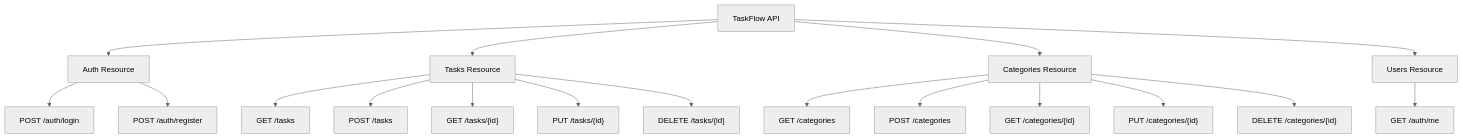
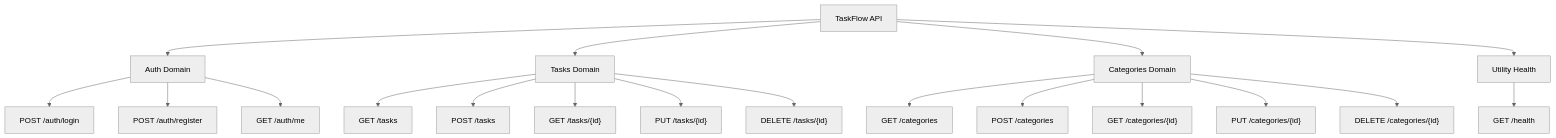
One commit to nandakumar-nandu/TaskFlowAPI changed the third of 5 diagrams in README.md. Above: the diagram before and after it, drawn with Mermaid (neutral theme). The commit also changed other lines of this file and 7 other files, not shown here.

````diff
--- a/README.md
+++ b/README.md
@@ -91,25 +91,26 @@
 ```mermaid
 graph TD
     API[TaskFlow API]
-    API --> Auth[Auth Resource]
-    API --> Tasks[Tasks Resource]
-    API --> Categories[Categories Resource]
-    API --> Users[Users Resource]
+    API --> Auth[Auth Domain]
+    API --> Tasks[Tasks Domain]
+    API --> Categories[Categories Domain]
+    API --> Health[Utility Health]
 
     Auth --> POST_Login[POST /auth/login]
     Auth --> POST_Register[POST /auth/register]
+    Auth --> GET_Me[GET /auth/me]
 
     Tasks --> GET_Tasks[GET /tasks]
     Tasks --> POST_Tasks[POST /tasks]
     Tasks --> GET_Task["GET /tasks/{id}"]
     Tasks --> PUT_Task["PUT /tasks/{id}"]
     Tasks --> DELETE_Task["DELETE /tasks/{id}"]
 
     Categories --> GET_Categories[GET /categories]
     Categories --> POST_Categories[POST /categories]
     Categories --> GET_Category["GET /categories/{id}"]
     Categories --> PUT_Category["PUT /categories/{id}"]
     Categories --> DELETE_Category["DELETE /categories/{id}"]
 
-    Users --> GET_Me[GET /auth/me]
+    Health --> GET_Health[GET /health]
 ```
````
